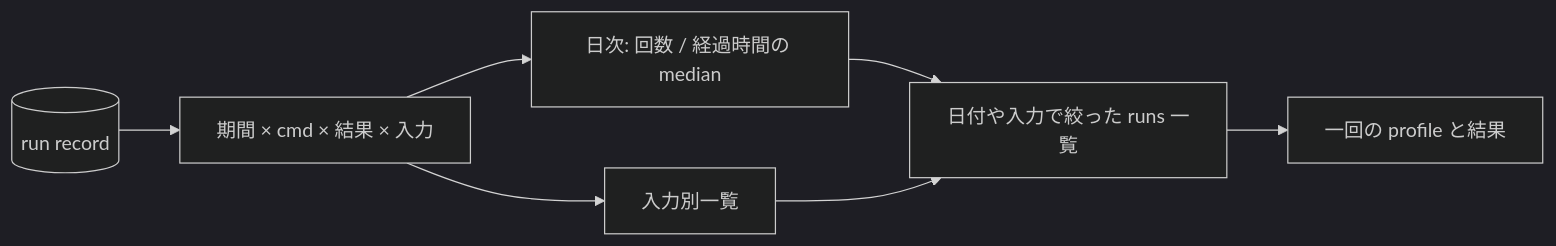
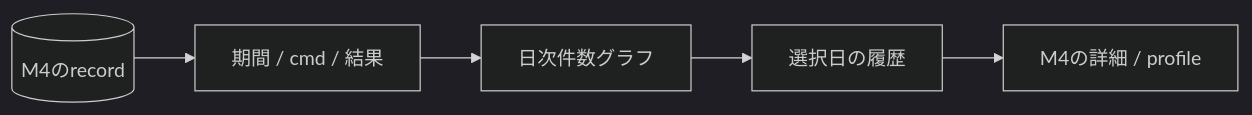
The diagram in docs/design/m5-analytics.md (OhataKenji/zeal), drawn with Mermaid (dark theme) before and after one commit. The commit also changed other lines of this file and 7 other files, not shown here.

````diff
--- a/docs/design/m5-analytics.md
+++ b/docs/design/m5-analytics.md
@@ -39,9 +8,7 @@
 ```mermaid
 flowchart LR
-    DB[("run record")] --> FILTER["期間 × cmd × 結果 × 入力"]
-    FILTER --> SERIES["日次: 回数 / 経過時間の median"]
-    FILTER --> INPUTS["入力別一覧"]
-    SERIES --> RUNS["日付や入力で絞った runs 一覧"]
-    INPUTS --> RUNS
-    RUNS --> DETAIL["一回の profile と結果"]
+    DB[("M4のrecord")] --> FILTER["期間 / cmd / 結果"]
+    FILTER --> COUNT["日次件数グラフ"]
+    COUNT --> RUNS["選択日の履歴"]
+    RUNS --> DETAIL["M4の詳細 / profile"]
 ```
````
